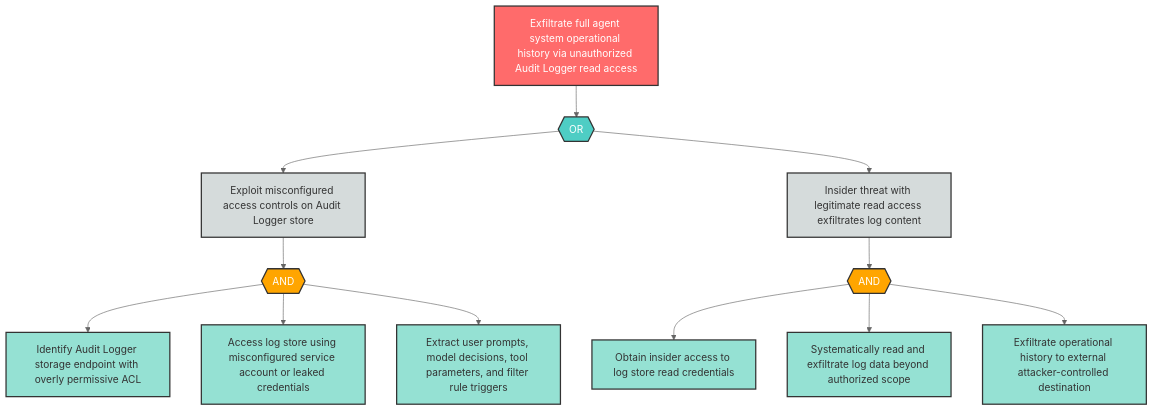
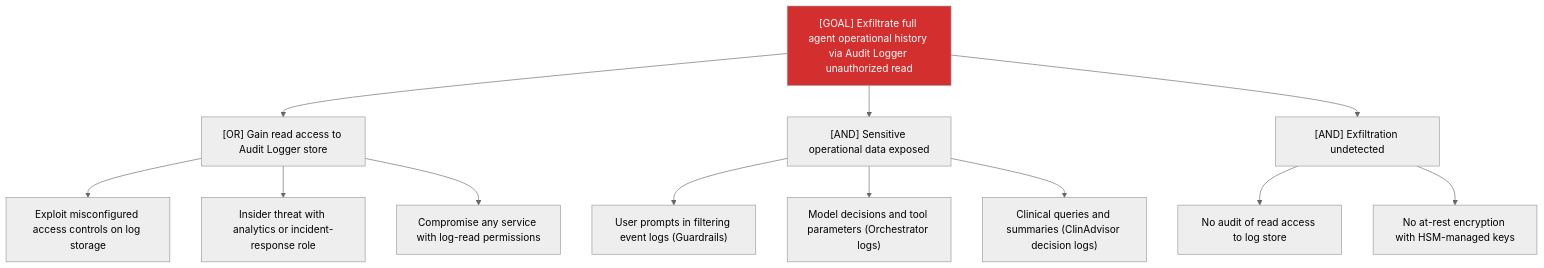
One commit to q-qp-p/davidmatousek-tachi changed the diagram in examples/agentic-app/sample-report/attack-trees/I-7-attack-tree.md. Above: the diagram before and after it, drawn with Mermaid (neutral theme). The commit also changed other lines of this file and 132 other files, not shown here.

````diff
--- a/examples/agentic-app/sample-report/attack-trees/I-7-attack-tree.md
+++ b/examples/agentic-app/sample-report/attack-trees/I-7-attack-tree.md
@@ -8,39 +7,17 @@
 ```mermaid
-flowchart TD
-    I7_root["Exfiltrate full agent system operational history via unauthorized Audit Logger read access"]
-    I7_or1{{"OR"}}
-    I7_sub1["Exploit misconfigured access controls on Audit Logger store"]
-    I7_sub2["Insider threat with legitimate read access exfiltrates log content"]
-    I7_and1{{"AND"}}
-    I7_leaf1["Identify Audit Logger storage endpoint with overly permissive ACL"]
-    I7_leaf2["Access log store using misconfigured service account or leaked credentials"]
-    I7_leaf3["Extract user prompts, model decisions, tool parameters, and filter rule triggers"]
-    I7_and2{{"AND"}}
-    I7_leaf4["Obtain insider access to log store read credentials"]
-    I7_leaf5["Systematically read and exfiltrate log data beyond authorized scope"]
-    I7_leaf6["Exfiltrate operational history to external attacker-controlled destination"]
-
-    I7_root --> I7_or1
-    I7_or1 --> I7_sub1
-    I7_or1 --> I7_sub2
-    I7_sub1 --> I7_and1
-    I7_and1 --> I7_leaf1
-    I7_and1 --> I7_leaf2
-    I7_and1 --> I7_leaf3
-    I7_sub2 --> I7_and2
-    I7_and2 --> I7_leaf4
-    I7_and2 --> I7_leaf5
-    I7_and2 --> I7_leaf6
-
-    classDef goal fill:#ff6b6b,stroke:#333,stroke-width:2px,color:#fff
-    classDef andGate fill:#ffa500,stroke:#333,stroke-width:2px,color:#fff
-    classDef orGate fill:#4ecdc4,stroke:#333,stroke-width:2px,color:#fff
-    classDef subGoal fill:#d5dbdb,stroke:#333,stroke-width:2px,color:#333
-    classDef leaf fill:#95e1d3,stroke:#333,stroke-width:2px,color:#333
-
-    class I7_root goal
-    class I7_or1 orGate
-    class I7_and1,I7_and2 andGate
-    class I7_sub1,I7_sub2 subGoal
-    class I7_leaf1,I7_leaf2,I7_leaf3,I7_leaf4,I7_leaf5,I7_leaf6 leaf
+graph TD
+    Goal["[GOAL] Exfiltrate full agent operational history via Audit Logger unauthorized read"]
+    Goal --> A["[OR] Gain read access to Audit Logger store"]
+    A --> A1["Exploit misconfigured access controls on log storage"]
+    A --> A2["Insider threat with analytics or incident-response role"]
+    A --> A3["Compromise any service with log-read permissions"]
+    Goal --> B["[AND] Sensitive operational data exposed"]
+    B --> B1["User prompts in filtering event logs (Guardrails)"]
+    B --> B2["Model decisions and tool parameters (Orchestrator logs)"]
+    B --> B3["Clinical queries and summaries (ClinAdvisor decision logs)"]
+    Goal --> C["[AND] Exfiltration undetected"]
+    C --> C1["No audit of read access to log store"]
+    C --> C2["No at-rest encryption with HSM-managed keys"]
+    classDef critical fill:#d32f2f,color:#fff
+    class Goal critical
 ```
````
